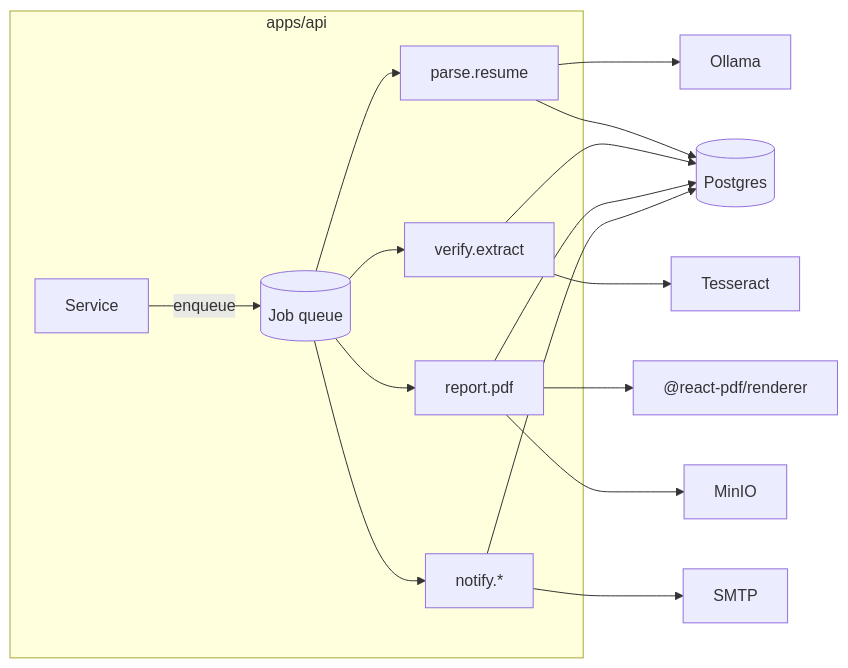
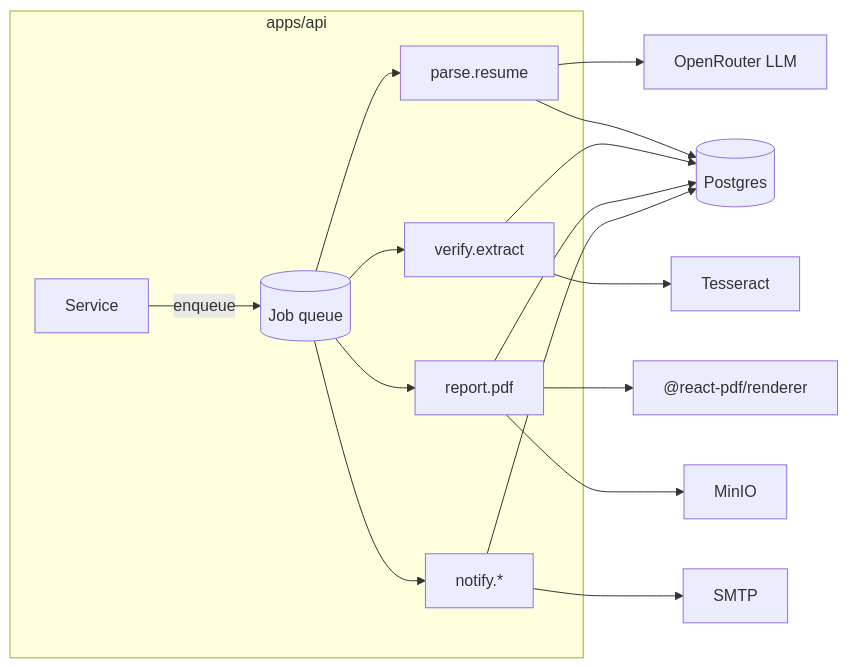
Diagram 11 of 12 in docs/architecture/01-overview.md (yashranaway/stabil), drawn with Mermaid before and after one commit. The commit also changed other lines of this file and 27 other files, not shown here.

First line of the commit message:
Docs: switch AI provider from self-hosted Ollama to OpenRouter

````diff
--- a/docs/architecture/01-overview.md
+++ b/docs/architecture/01-overview.md
@@ -461,19 +461,19 @@
 ```mermaid
 graph LR
     subgraph "apps/api"
         SVC[Service] -->|enqueue| Q[(Job queue)]
         Q --> W1[parse.resume]
         Q --> W2[verify.extract]
         Q --> W3[report.pdf]
         Q --> W4[notify.*]
     end
-    W1 --> OLLAMA[Ollama]
+    W1 --> OPENROUTER[OpenRouter LLM]
     W2 --> TESS[Tesseract]
     W3 --> PDF["@react-pdf/renderer"]
     W3 --> MINIO[MinIO]
     W4 --> SMTP[SMTP]
     W1 --> DB[(Postgres)]
     W2 --> DB
     W3 --> DB
     W4 --> DB
 ```
````
